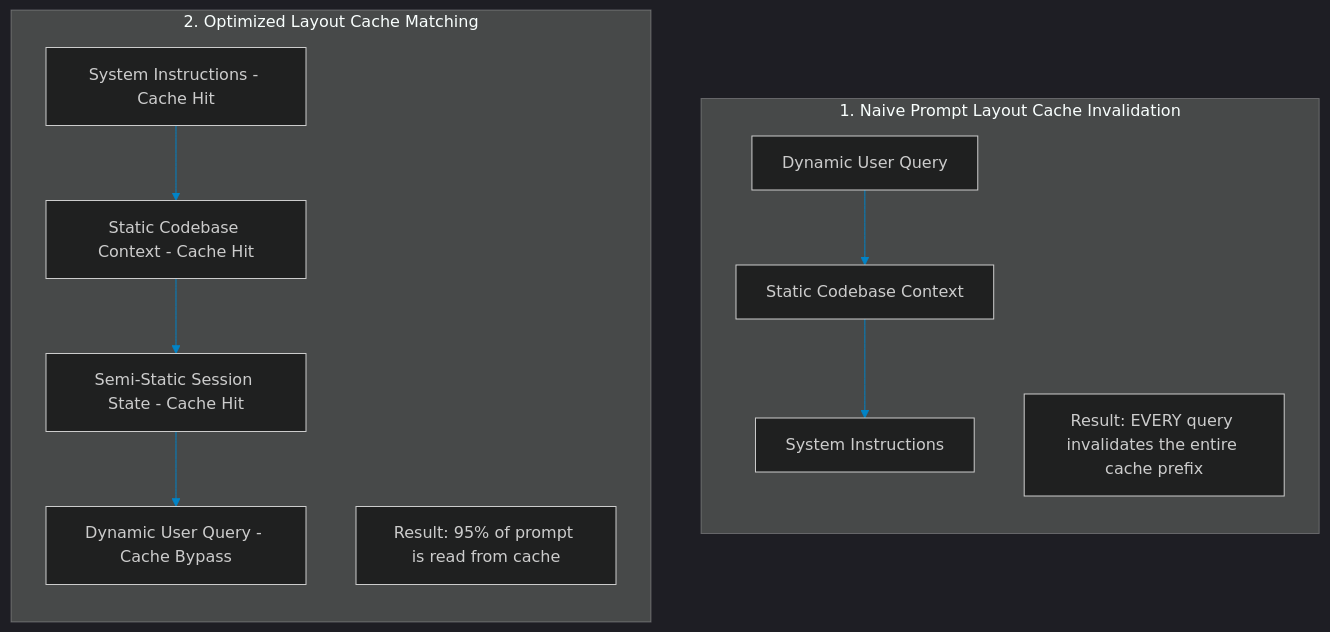
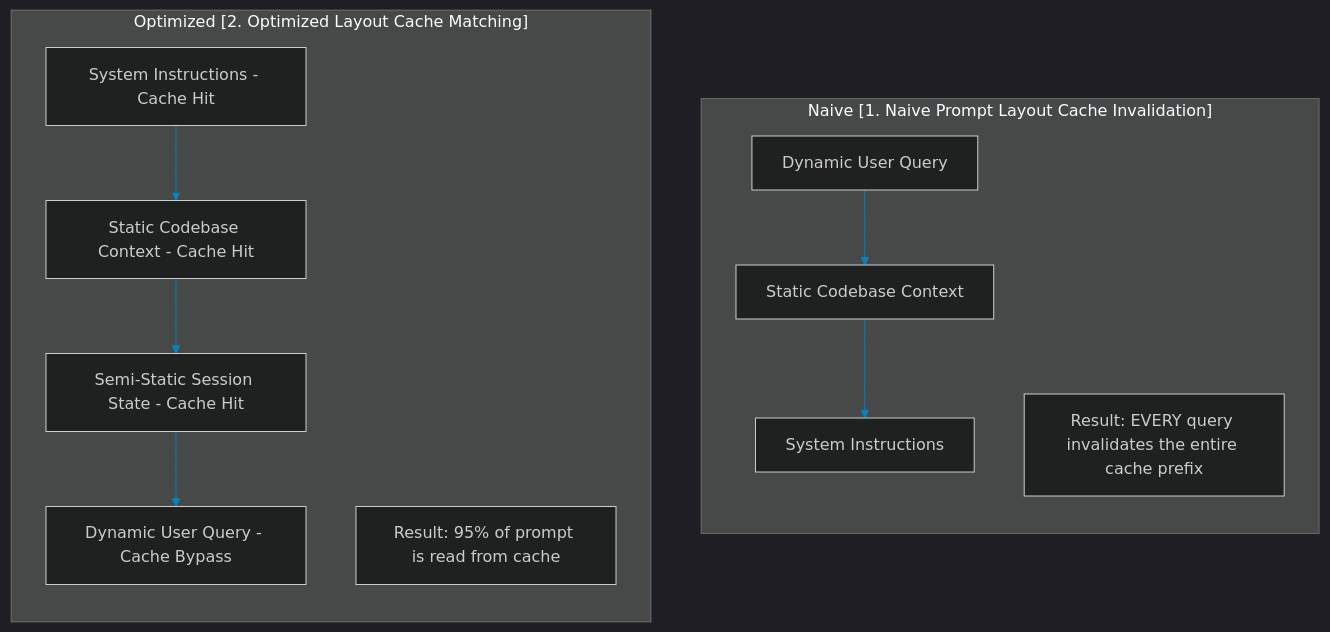
Before and after one commit to akmalkhaniub/akmalkhaniub.github.io: the diagram in blog/posts/context-cache-architecture-gemini-claude.md, drawn with Mermaid. The commit also changed 600 other files, not shown here.

Commit message:
fix(blog): resolve Mermaid v10 syntax errors across Figure 1 and publication subgraphs

````diff
--- a/blog/posts/context-cache-architecture-gemini-claude.md
+++ b/blog/posts/context-cache-architecture-gemini-claude.md
@@ -15,18 +15,18 @@
 ```mermaid
 %%{init: {'theme': 'dark', 'themeVariables': { 'primaryColor': '#0284c7', 'primaryTextColor': '#f3f4f6', 'primaryBorderColor': '#38bdf8', 'lineColor': '#0284c7', 'secondaryColor': '#111827', 'tertiaryColor': '#0b0f19'}}}%%
 flowchart TD
-    subgraph Naive [1. Naive Prompt Layout Cache Invalidation]
+    subgraph SG1_Naive1Naive ["Naive [1. Naive Prompt Layout Cache Invalidation]"]
         direction TB
         N1[Dynamic User Query] --> N2[Static Codebase Context]
         N2 --> N3[System Instructions]
         note1[Result: EVERY query invalidates the entire cache prefix]
     end
 
-    subgraph Optimized [2. Optimized Layout Cache Matching]
+    subgraph SG2_Optimized2Optimized ["Optimized [2. Optimized Layout Cache Matching]"]
         direction TB
         O1[System Instructions - Cache Hit] --> O2[Static Codebase Context - Cache Hit]
         O2 --> O3[Semi-Static Session State - Cache Hit]
         O3 --> O4[Dynamic User Query - Cache Bypass]
         note2[Result: 95% of prompt is read from cache]
     end
 ```
````
